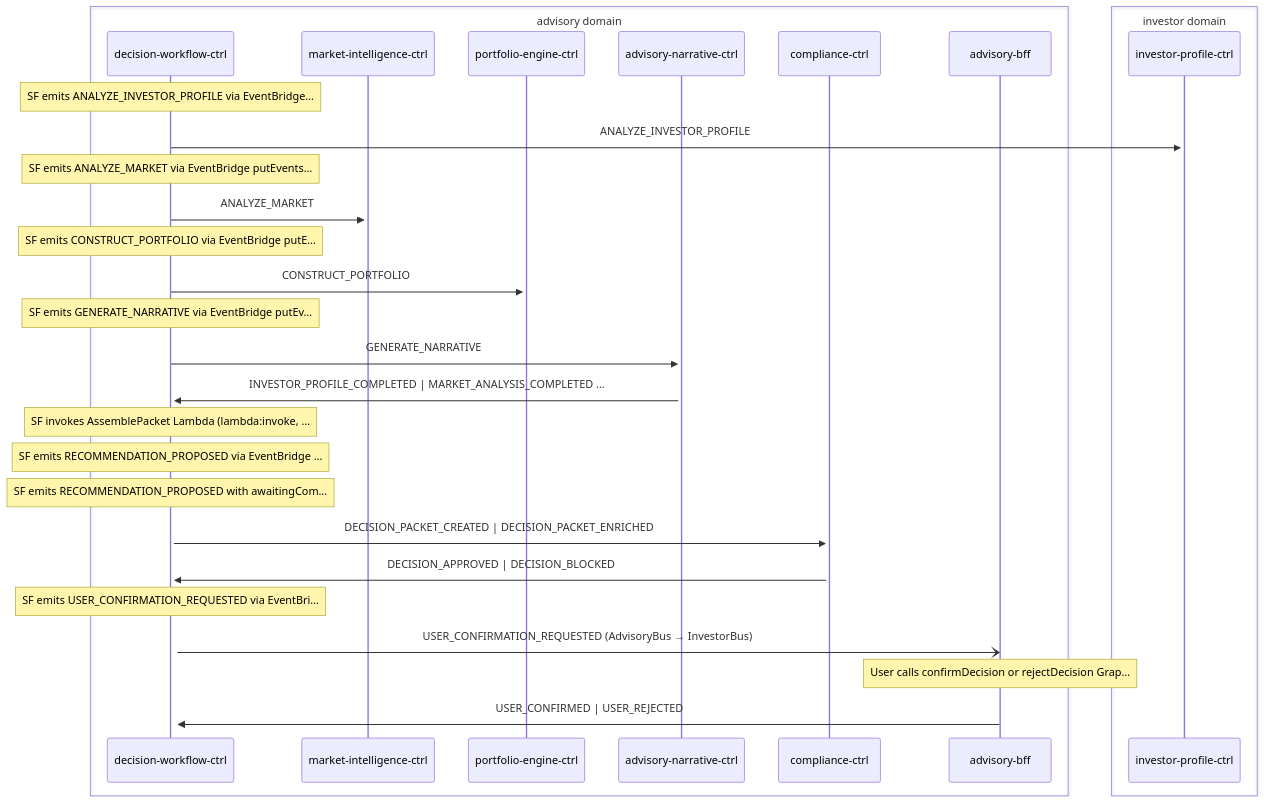
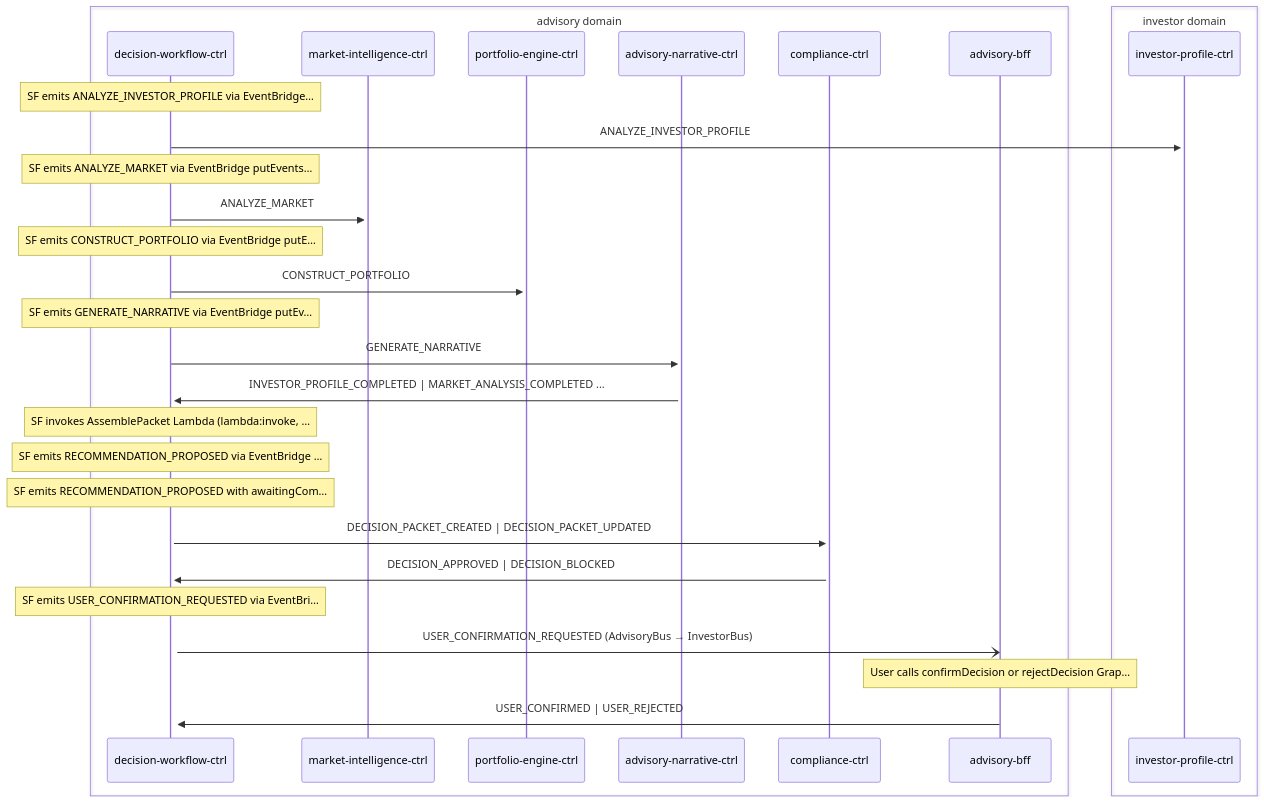
The second of 2 diagrams in docs/data-flows/advisory-cycle.md (fabio-vitali/nestfolio), drawn with Mermaid before and after one commit. The commit also changed other lines of this file and 41 other files, not shown here.

First line of the commit message:
docs: regenerate C4 diagrams and data-flow docs

````diff
--- a/docs/data-flows/advisory-cycle.md
+++ b/docs/data-flows/advisory-cycle.md
@@ -35,32 +35,32 @@
 ```mermaid
 sequenceDiagram
     box advisory domain
         participant decision_workflow_ctrl as decision-workflow-ctrl
         participant market_intelligence_ctrl as market-intelligence-ctrl
         participant portfolio_engine_ctrl as portfolio-engine-ctrl
         participant advisory_narrative_ctrl as advisory-narrative-ctrl
         participant compliance_ctrl as compliance-ctrl
         participant advisory_bff as advisory-bff
     end
     box investor domain
         participant investor_profile_ctrl as investor-profile-ctrl
     end
     Note over decision_workflow_ctrl: SF emits ANALYZE_INVESTOR_PROFILE via EventBridge…
     decision_workflow_ctrl->>+investor_profile_ctrl: ANALYZE_INVESTOR_PROFILE
     Note over decision_workflow_ctrl: SF emits ANALYZE_MARKET via EventBridge putEvents…
     decision_workflow_ctrl->>+market_intelligence_ctrl: ANALYZE_MARKET
     Note over decision_workflow_ctrl: SF emits CONSTRUCT_PORTFOLIO via EventBridge putE…
     decision_workflow_ctrl->>+portfolio_engine_ctrl: CONSTRUCT_PORTFOLIO
     Note over decision_workflow_ctrl: SF emits GENERATE_NARRATIVE via EventBridge putEv…
     decision_workflow_ctrl->>+advisory_narrative_ctrl: GENERATE_NARRATIVE
     advisory_narrative_ctrl->>+decision_workflow_ctrl: INVESTOR_PROFILE_COMPLETED | MARKET_ANALYSIS_COMPLETED ...
     Note over decision_workflow_ctrl: SF invokes AssemblePacket Lambda (lambda:invoke, …
     Note over decision_workflow_ctrl: SF emits RECOMMENDATION_PROPOSED via EventBridge …
     Note over decision_workflow_ctrl: SF emits RECOMMENDATION_PROPOSED with awaitingCom…
-    decision_workflow_ctrl->>+compliance_ctrl: DECISION_PACKET_CREATED | DECISION_PACKET_ENRICHED
+    decision_workflow_ctrl->>+compliance_ctrl: DECISION_PACKET_CREATED | DECISION_PACKET_UPDATED
     compliance_ctrl->>+decision_workflow_ctrl: DECISION_APPROVED | DECISION_BLOCKED
     Note over decision_workflow_ctrl: SF emits USER_CONFIRMATION_REQUESTED via EventBri…
     decision_workflow_ctrl-)advisory_bff: USER_CONFIRMATION_REQUESTED (AdvisoryBus → InvestorBus)
     Note over advisory_bff: User calls confirmDecision or rejectDecision Grap…
     advisory_bff->>+decision_workflow_ctrl: USER_CONFIRMED | USER_REJECTED
 ```
````
